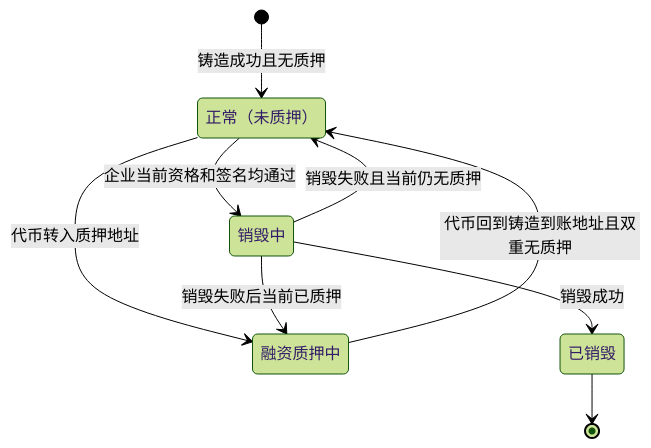
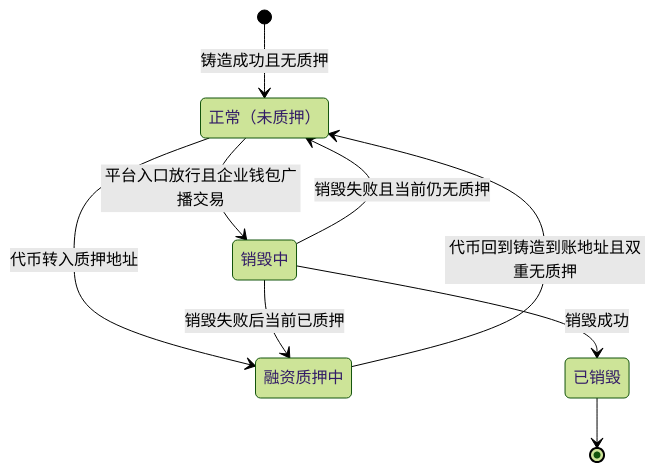
The third of 5 diagrams in token-issuance-platform/PRD/管理端/M4b-销毁审核与解除质押/02-销毁审核与解除质押-流程图与状态机.md (wxblockchain/Chain-Financing), drawn with Mermaid (forest theme) before and after one commit. The commit also changed other lines of this file and 15 other files, not shown here.

````diff
--- a/token-issuance-platform/PRD/管理端/M4b-销毁审核与解除质押/02-销毁审核与解除质押-流程图与状态机.md
+++ b/token-issuance-platform/PRD/管理端/M4b-销毁审核与解除质押/02-销毁审核与解除质押-流程图与状态机.md
@@ -62,15 +62,15 @@
 ```mermaid
 stateDiagram-v2
     state "正常（未质押）" as Normal
     state "融资质押中" as Financed
     state "销毁中" as Applying
     state "已销毁" as Destroyed
     [*] --> Normal: 铸造成功且无质押
     Normal --> Financed: 代币转入质押地址
     Financed --> Normal: 代币回到铸造到账地址且双重无质押
-    Normal --> Applying: 企业当前资格和签名均通过
+    Normal --> Applying: 平台入口放行且企业钱包广播交易
     Applying --> Normal: 销毁失败且当前仍无质押
     Applying --> Financed: 销毁失败后当前已质押
     Applying --> Destroyed: 销毁成功
     Destroyed --> [*]
 ```
````
